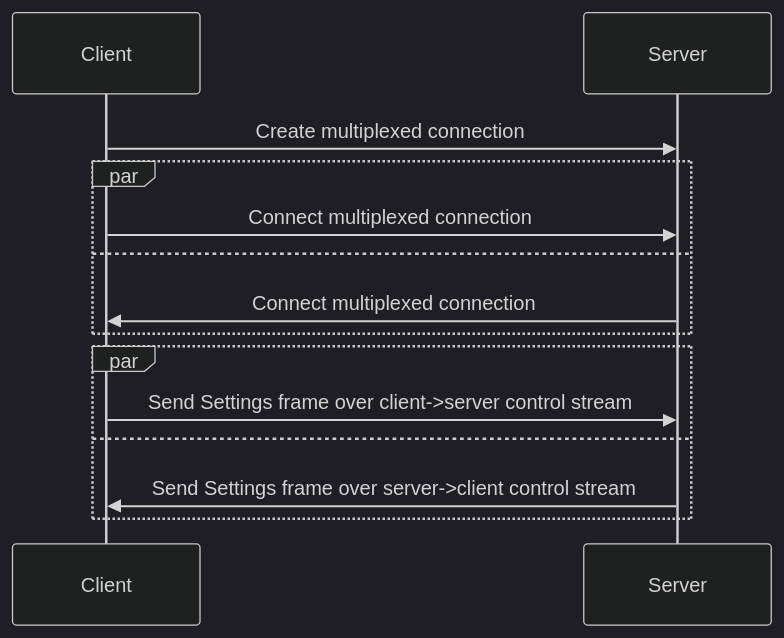
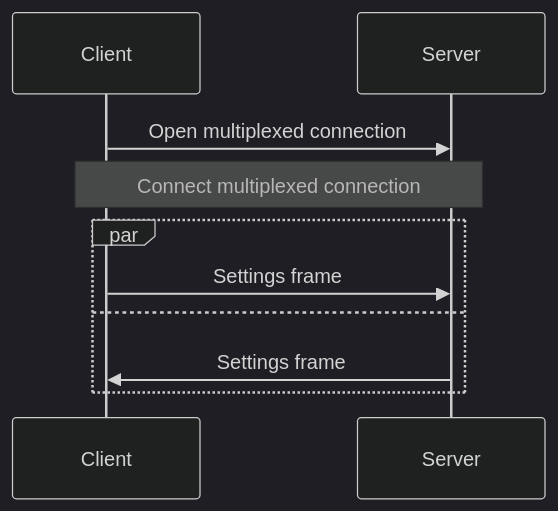
One commit to icerpc/icerpc-docs changed the diagram in pages/icerpc-core/icerpc-protocol/connection-establishment.md. Above: the diagram before and after it, drawn with Mermaid (dark theme).

Commit message:
Update diagram

````diff
--- a/pages/icerpc-core/icerpc-protocol/connection-establishment.md
+++ b/pages/icerpc-core/icerpc-protocol/connection-establishment.md
@@ -30,14 +30,10 @@
 ```mermaid
 sequenceDiagram
-    Client->>Server: Create multiplexed connection
+    Client->>Server: Open multiplexed connection
+    Note over Client,Server: Connect multiplexed connection
     par
-        Client->>Server: Connect multiplexed connection
+        Client->>Server: Settings frame
     and
-        Server->>Client: Connect multiplexed connection
-    end
-    par
-        Client->>Server: Send Settings frame over client->server control stream
-    and
-        Server->>Client: Send Settings frame over server->client control stream
+        Server->>Client: Settings frame
     end
 ```
````
